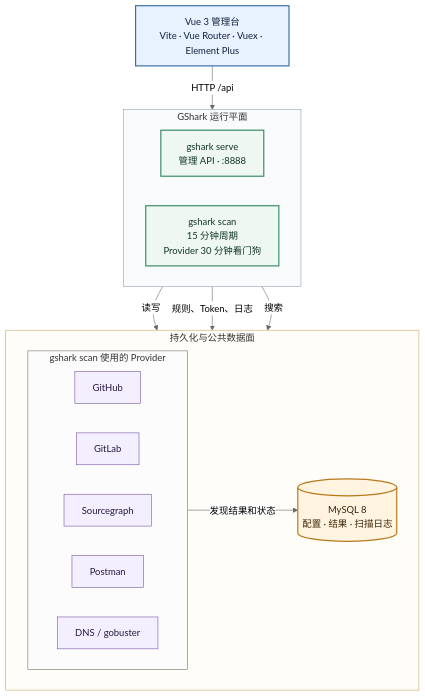
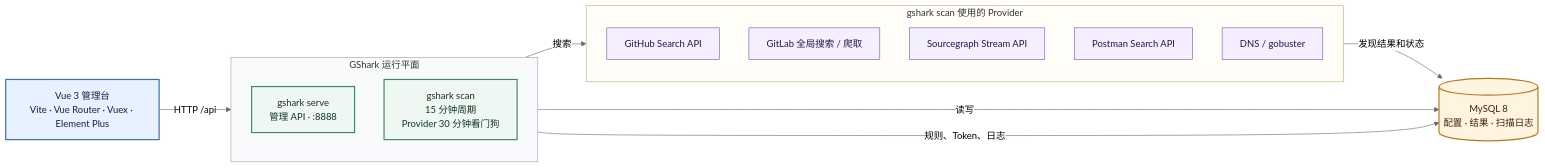
One commit to madneal/gshark changed the diagram in README_CN.md. Above: the diagram before and after it, drawn with Mermaid (neutral theme). The commit also changed 1 other file, not shown here.

Commit message:
docs: use left-to-right architecture flow

````diff
--- a/README_CN.md
+++ b/README_CN.md
@@ -31,41 +31,39 @@
 ```mermaid
-flowchart TB
+flowchart LR
     console["Vue 3 管理台<br/>Vite · Vue Router · Vuex · Element Plus"]
 
     subgraph runtime["GShark 运行平面"]
-        direction LR
+        direction TB
         serve["gshark serve<br/>管理 API · :8888"]
         scan["gshark scan<br/>15 分钟周期<br/>Provider 30 分钟看门狗"]
     end
 
-    subgraph lower["持久化与公共数据面"]
-        direction LR
-        subgraph providers["gshark scan 使用的 Provider"]
-            direction LR
-            github["GitHub"]
-            gitlab["GitLab"]
-            sourcegraph["Sourcegraph"]
-            postman["Postman"]
-            dns["DNS / gobuster"]
-        end
-        db[("MySQL 8<br/>配置 · 结果 · 扫描日志")]
+    subgraph providers["gshark scan 使用的 Provider"]
+        direction TB
+        github["GitHub Search API"]
+        gitlab["GitLab 全局搜索 / 爬取"]
+        sourcegraph["Sourcegraph Stream API"]
+        postman["Postman Search API"]
+        dns["DNS / gobuster"]
     end
+
+    db[("MySQL 8<br/>配置 · 结果 · 扫描日志")]
 
     console -->|HTTP /api| serve
     serve -->|读写| db
     scan -->|规则、Token、日志| db
     scan -->|搜索| providers
     providers -->|发现结果和状态| db
 
     classDef ui fill:#e8f1ff,stroke:#3b6ea8,color:#10233f,stroke-width:2px
     classDef runtimeNode fill:#eef7f2,stroke:#3d8b68,color:#123526,stroke-width:2px
     classDef data fill:#fff4df,stroke:#b8791d,color:#3b2508,stroke-width:2px
     classDef provider fill:#f4efff,stroke:#7655a8,color:#26163f
 
     class console ui
     class serve,scan runtimeNode
     class db data
     class github,gitlab,sourcegraph,postman,dns provider
     style runtime fill:#f8fafc,stroke:#94a3b8,stroke-width:1px
-    style lower fill:#fffdf8,stroke:#c8a96b,stroke-width:1px
+    style providers fill:#fffdf8,stroke:#c8a96b,stroke-width:1px
 ```
````
